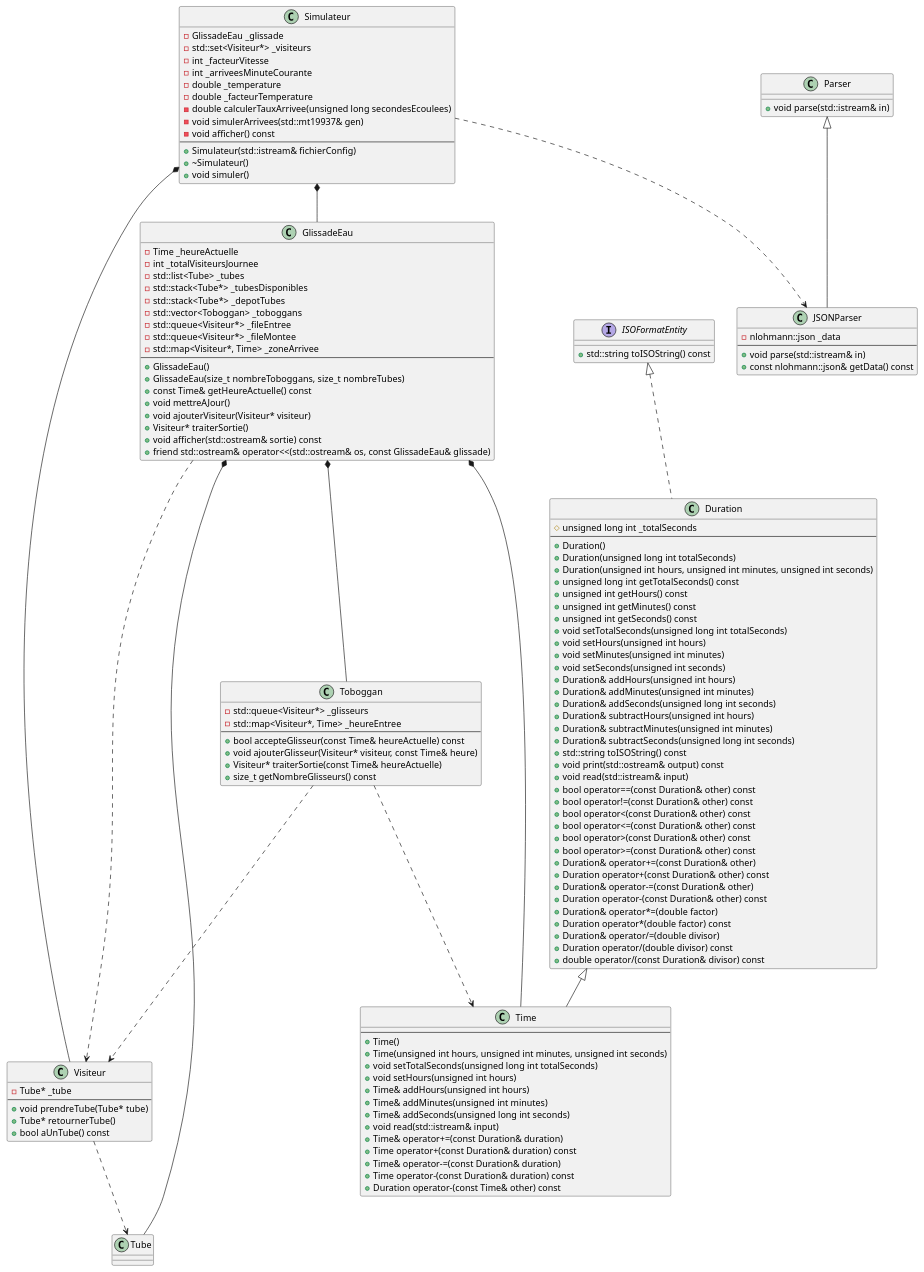
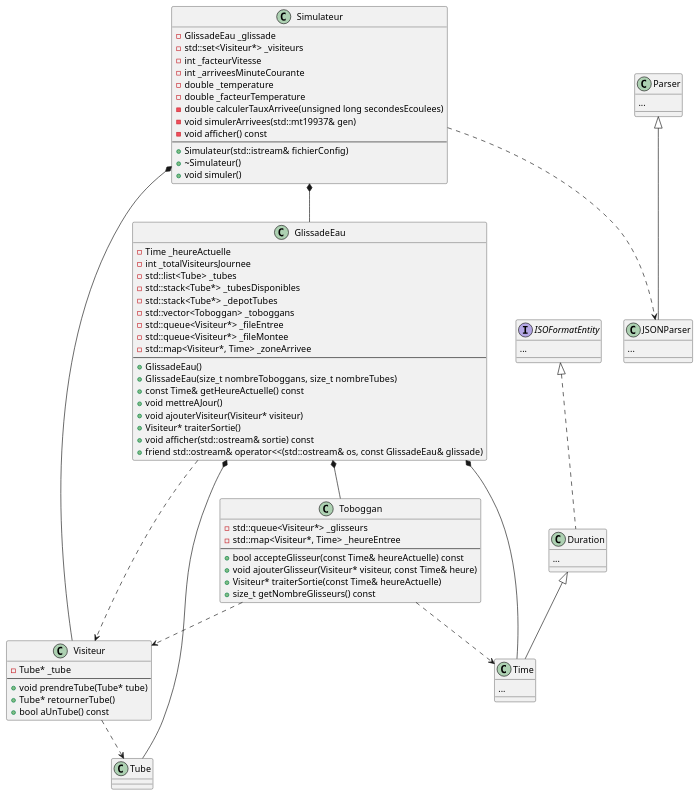
One commit to plbrault/420-SF2-RE changed the diagram in laboratoires/lab09-file-pile/consignes/lab09.md. Above: the diagram before and after it, drawn with PlantUML.

Commit message:
Diagramme tronqué

```diff
--- a/laboratoires/lab09-file-pile/consignes/lab09.md
+++ b/laboratoires/lab09-file-pile/consignes/lab09.md
@@ -45,64 +45,15 @@
 @startuml
 
 interface ISOFormatEntity {
-    + std::string toISOString() const
+    ...
 }
 
 class Duration {
-    # unsigned long int _totalSeconds
-    --
-    + Duration()
-    + Duration(unsigned long int totalSeconds)
-    + Duration(unsigned int hours, unsigned int minutes, unsigned int seconds)
-    + unsigned long int getTotalSeconds() const
-    + unsigned int getHours() const
-    + unsigned int getMinutes() const
-    + unsigned int getSeconds() const
-    + void setTotalSeconds(unsigned long int totalSeconds)
-    + void setHours(unsigned int hours)
-    + void setMinutes(unsigned int minutes)
-    + void setSeconds(unsigned int seconds)
-    + Duration& addHours(unsigned int hours)
-    + Duration& addMinutes(unsigned int minutes)
-    + Duration& addSeconds(unsigned long int seconds)
-    + Duration& subtractHours(unsigned int hours)
-    + Duration& subtractMinutes(unsigned int minutes)
-    + Duration& subtractSeconds(unsigned long int seconds)
-    + std::string toISOString() const
-    + void print(std::ostream& output) const
-    + void read(std::istream& input)
-    + bool operator==(const Duration& other) const
-    + bool operator!=(const Duration& other) const
-    + bool operator<(const Duration& other) const
-    + bool operator<=(const Duration& other) const
-    + bool operator>(const Duration& other) const
-    + bool operator>=(const Duration& other) const
-    + Duration& operator+=(const Duration& other)
-    + Duration operator+(const Duration& other) const
-    + Duration& operator-=(const Duration& other)
-    + Duration operator-(const Duration& other) const
-    + Duration& operator*=(double factor)
-    + Duration operator*(double factor) const
-    + Duration& operator/=(double divisor)
-    + Duration operator/(double divisor) const
-    + double operator/(const Duration& divisor) const
+    ...
 }
 
 class Time {
-    --
-    + Time()
-    + Time(unsigned int hours, unsigned int minutes, unsigned int seconds)
-    + void setTotalSeconds(unsigned long int totalSeconds)
-    + void setHours(unsigned int hours)
-    + Time& addHours(unsigned int hours)
-    + Time& addMinutes(unsigned int minutes)
-    + Time& addSeconds(unsigned long int seconds)
-    + void read(std::istream& input)
-    + Time& operator+=(const Duration& duration)
-    + Time operator+(const Duration& duration) const
-    + Time& operator-=(const Duration& duration)
-    + Time operator-(const Duration& duration) const
-    + Duration operator-(const Time& other) const
+    ...
 }
 
 class Tube {
@@ -148,14 +99,11 @@
 }
 
 class Parser {
-    + void parse(std::istream& in)
+    ...
 }
 
 class JSONParser {
-    - nlohmann::json _data
-    --
-    + void parse(std::istream& in)
-    + const nlohmann::json& getData() const
+    ...
 }
 
 class Simulateur {
```
